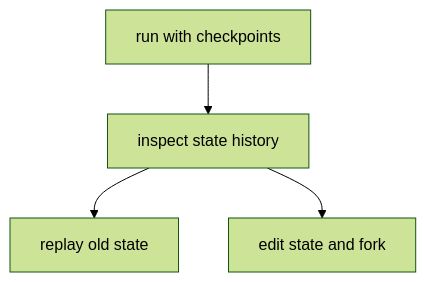
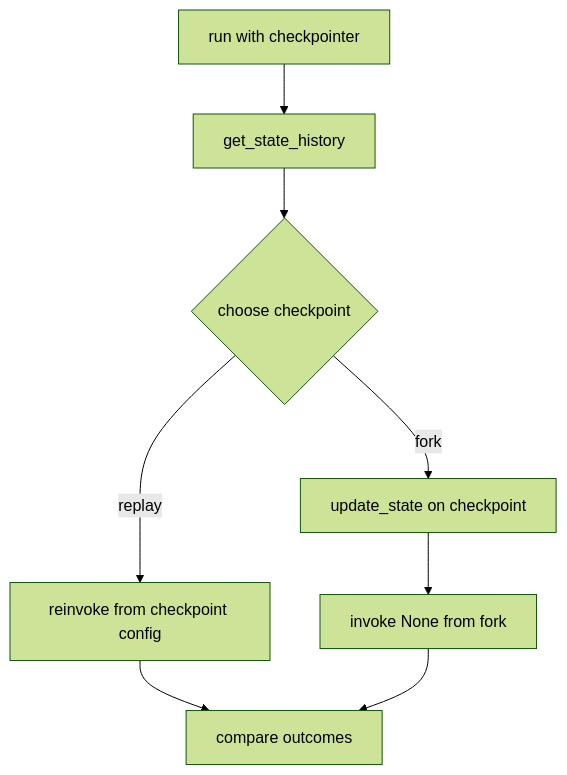
One commit to heecheon92/langgraph-playground changed the first of 2 diagrams in docs/agent-patterns/patterns/09-time-travel-replay-and-state-editing.md. Above: the diagram before and after it, drawn with Mermaid (forest theme). The commit also changed other lines of this file and 24 other files, not shown here.

````diff
--- a/docs/agent-patterns/patterns/09-time-travel-replay-and-state-editing.md
+++ b/docs/agent-patterns/patterns/09-time-travel-replay-and-state-editing.md
@@ -27,6 +27,10 @@
 ```mermaid
 flowchart TD
-    Run[run with checkpoints] --> Inspect[inspect state history]
-    Inspect --> Replay[replay old state]
-    Inspect --> Fork[edit state and fork]
+    Run[run with checkpointer] --> History[get_state_history]
+    History --> Pick{choose checkpoint}
+    Pick -->|replay| Replay[reinvoke from checkpoint config]
+    Pick -->|fork| Update[update_state on checkpoint]
+    Update --> Continue[invoke None from fork]
+    Replay --> Compare[compare outcomes]
+    Continue --> Compare
 ```
````
